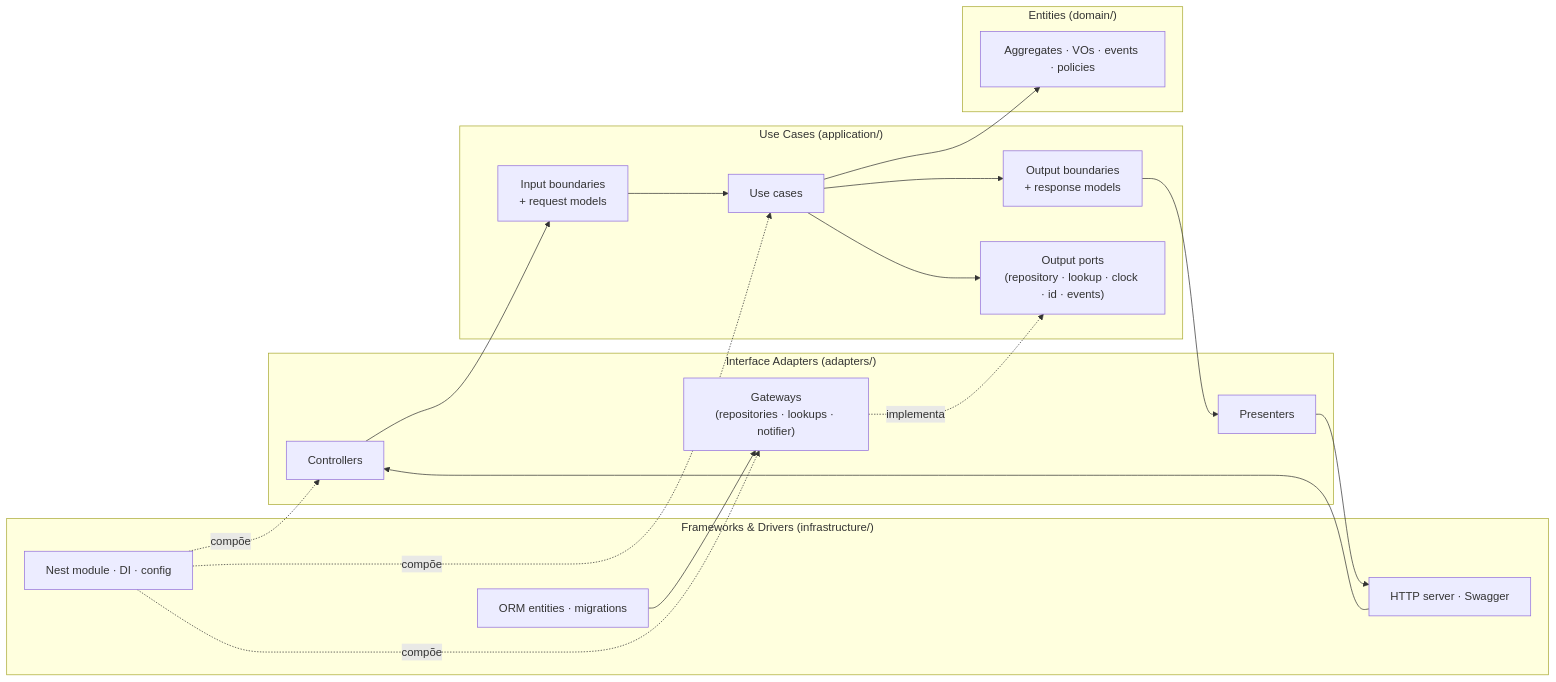
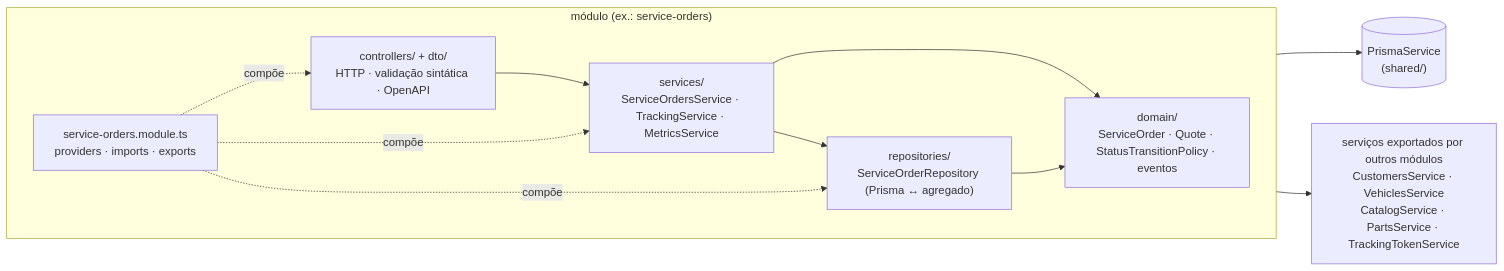
The diagram in docs/04-arquitetura/estrutura-do-repositorio.md (HermandoThiago/FIAP-SOAT), drawn with Mermaid before and after one commit. The commit also changed other lines of this file and 57 other files, not shown here.

````diff
--- a/docs/04-arquitetura/estrutura-do-repositorio.md
+++ b/docs/04-arquitetura/estrutura-do-repositorio.md
@@ -18,28 +20,18 @@
 ```mermaid
 flowchart LR
-    subgraph FD["Frameworks & Drivers (infrastructure/)"]
-        NEST["Nest module · DI · config"]
-        ORM["ORM entities · migrations"]
-        WEB["HTTP server · Swagger"]
+    subgraph MOD["módulo (ex.: service-orders)"]
+        direction LR
+        CTRL["controllers/ + dto/<br/>HTTP · validação sintática · OpenAPI"]
+        SVC["services/<br/>ServiceOrdersService · TrackingService · MetricsService"]
+        REPO["repositories/<br/>ServiceOrderRepository (Prisma ↔ agregado)"]
+        DOM["domain/<br/>ServiceOrder · Quote · StatusTransitionPolicy · eventos"]
+        NESTM["service-orders.module.ts<br/>providers · imports · exports"]
     end
-    subgraph IA["Interface Adapters (adapters/)"]
-        CTRL["Controllers"]
-        PRES["Presenters"]
-        GW["Gateways<br/>(repositories · lookups · notifier)"]
-    end
-    subgraph UC["Use Cases (application/)"]
-        IB["Input boundaries<br/>+ request models"]
-        UCS["Use cases"]
-        OB["Output boundaries<br/>+ response models"]
-        PORTS["Output ports<br/>(repository · lookup · clock · id · events)"]
-    end
-    subgraph EN["Entities (domain/)"]
-        AGG["Aggregates · VOs · events · policies"]
-    end
-    WEB --> CTRL --> IB --> UCS --> AGG
-    UCS --> OB --> PRES --> WEB
-    UCS --> PORTS
-    GW -. implementa .-> PORTS
-    ORM --> GW
-    NEST -. compõe .-> CTRL & UCS & GW
+    OTHER["serviços exportados por outros módulos<br/>CustomersService · VehiclesService<br/>CatalogService · PartsService · TrackingTokenService"]
+    PRISMA[("PrismaService<br/>(shared/)")]
+    CTRL --> SVC --> REPO --> PRISMA
+    SVC --> DOM
+    REPO --> DOM
+    SVC --> OTHER
+    NESTM -. compõe .-> CTRL & SVC & REPO
 ```
````
